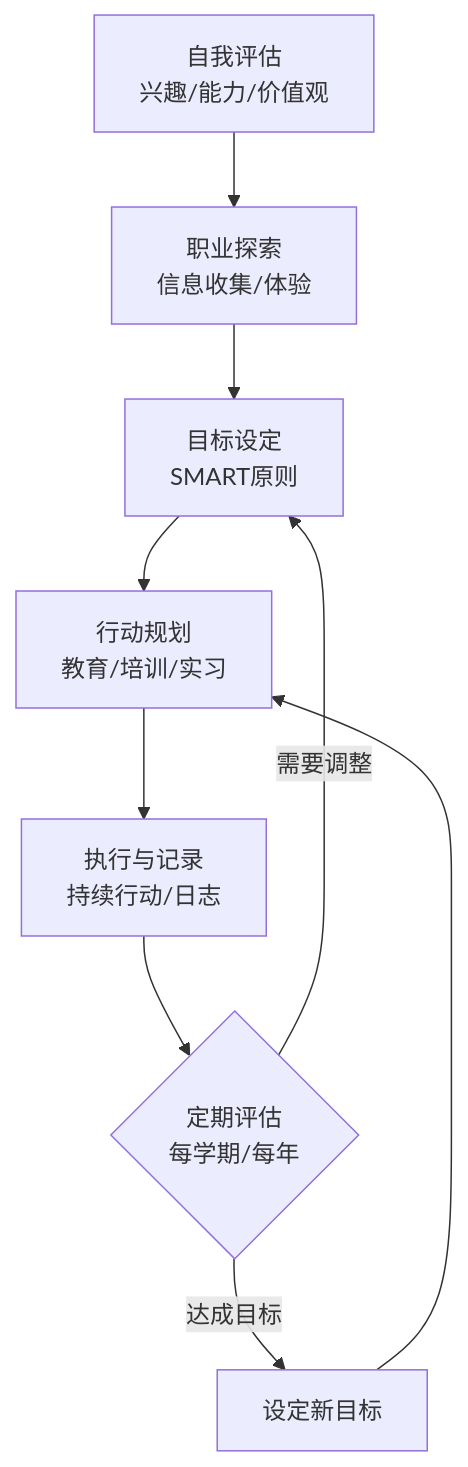
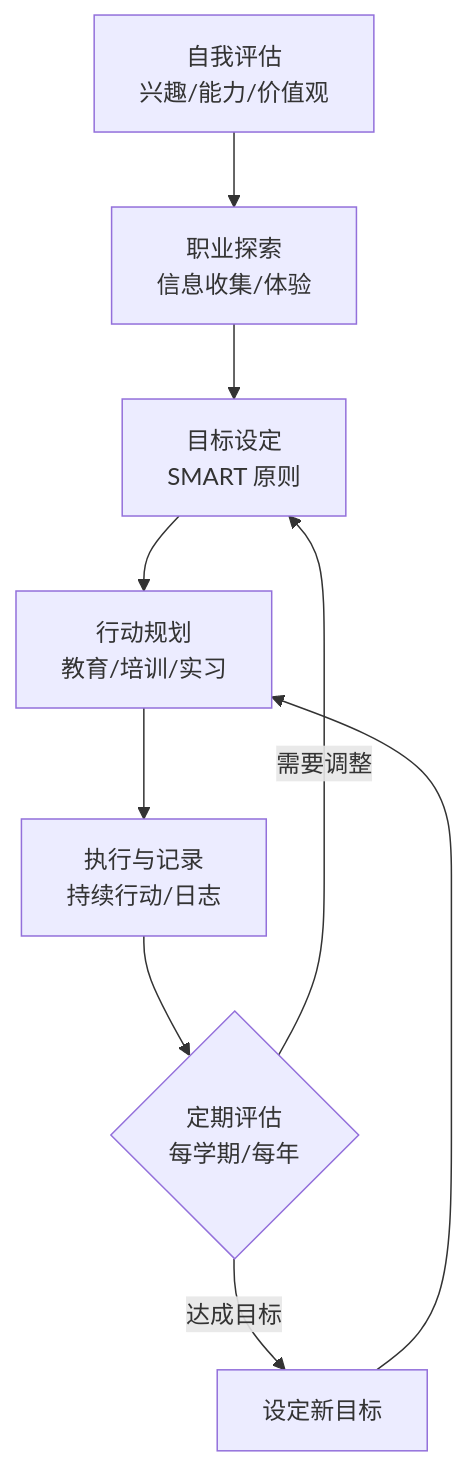
The second of 2 diagrams in 01_K12/CrossDisciplinaryK12/CareerEducation/CareerPlanning.md (Tianshang301/TianshangKnowledgeBase), drawn with Mermaid before and after one commit. The commit also changed other lines of this file and 2257 other files, not shown here.

````diff
--- a/01_K12/CrossDisciplinaryK12/CareerEducation/CareerPlanning.md
+++ b/01_K12/CrossDisciplinaryK12/CareerEducation/CareerPlanning.md
@@ -155,11 +155,11 @@
 ```mermaid
 flowchart TD
     A[自我评估<br/>兴趣/能力/价值观] --> B[职业探索<br/>信息收集/体验]
-    B --> C[目标设定<br/>SMART原则]
+    B --> C[目标设定<br/>SMART 原则]
     C --> D[行动规划<br/>教育/培训/实习]
     D --> E[执行与记录<br/>持续行动/日志]
     E --> F{定期评估<br/>每学期/每年}
     F -->|达成目标| G[设定新目标]
     F -->|需要调整| C
     G --> D
 ```
````
